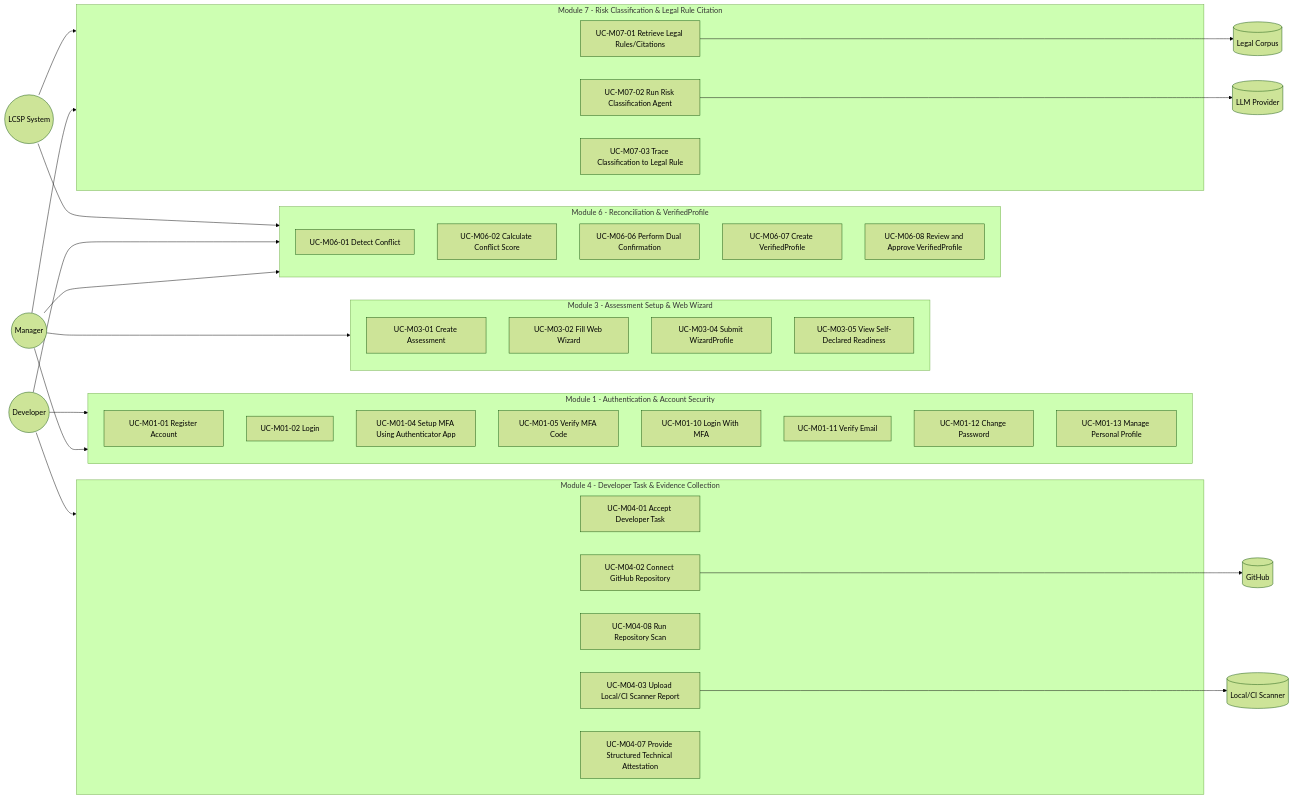
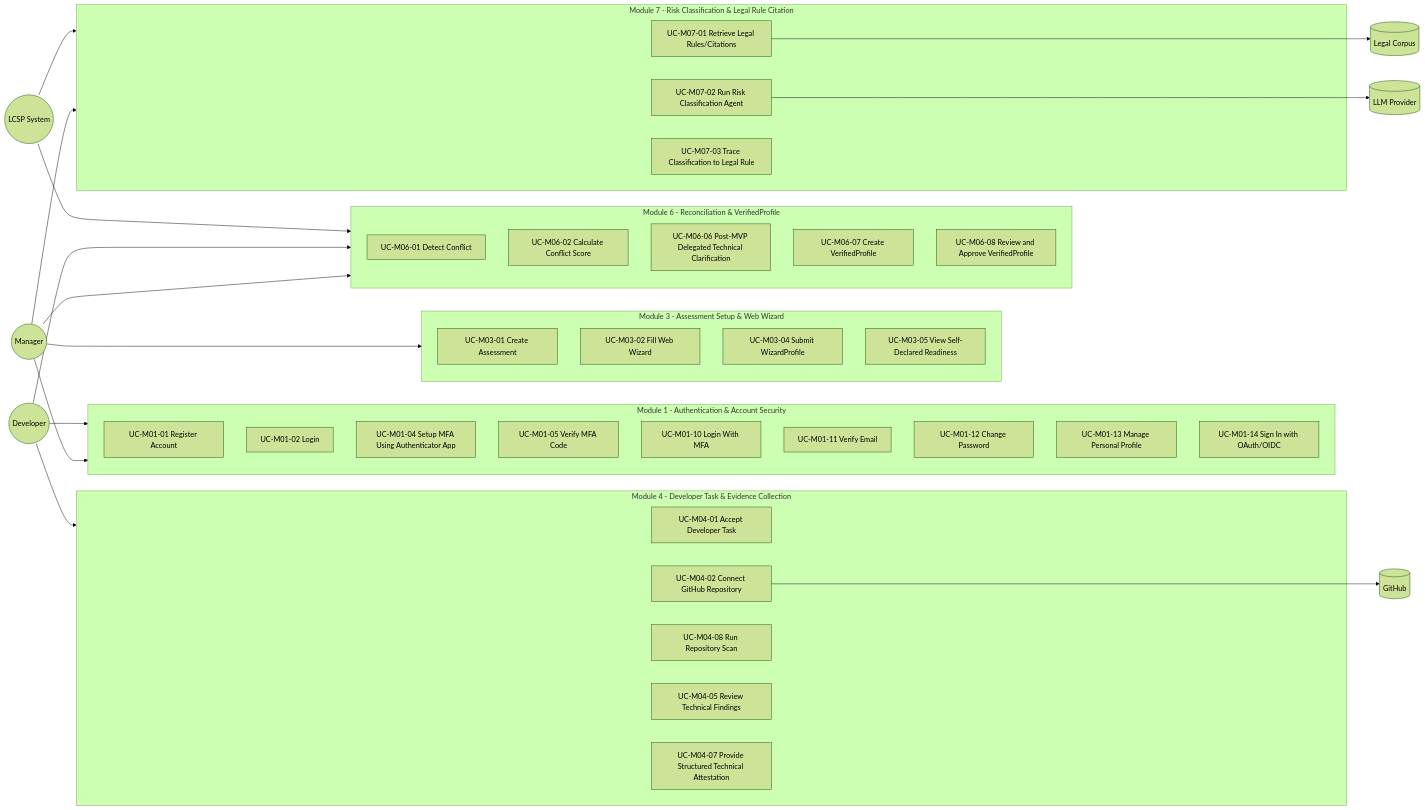
Before and after one commit to khovan123/LCSP: the diagram in docs/design/use-case-specification.md, drawn with Mermaid (forest theme). The commit also changed other lines of this file and 122 other files, not shown here.

````diff
--- a/docs/design/use-case-specification.md
+++ b/docs/design/use-case-specification.md
@@ -31,64 +31,63 @@
 ```mermaid
 flowchart LR
   Manager((Manager))
   Developer((Developer))
   System((LCSP System))
   GitHub[(GitHub)]
-  LocalCI[(Local/CI Scanner)]
   LLM[(LLM Provider)]
   Legal[(Legal Corpus)]
 
   subgraph M01[Module 1 - Authentication & Account Security]
     UC_M01_01[UC-M01-01 Register Account]
     UC_M01_02[UC-M01-02 Login]
     UC_M01_04[UC-M01-04 Setup MFA Using Authenticator App]
     UC_M01_05[UC-M01-05 Verify MFA Code]
     UC_M01_10[UC-M01-10 Login With MFA]
     UC_M01_11[UC-M01-11 Verify Email]
     UC_M01_12[UC-M01-12 Change Password]
     UC_M01_13[UC-M01-13 Manage Personal Profile]
+    UC_M01_14[UC-M01-14 Sign In with OAuth/OIDC]
   end
 
   subgraph M03[Module 3 - Assessment Setup & Web Wizard]
     UC_M03_01[UC-M03-01 Create Assessment]
     UC_M03_02[UC-M03-02 Fill Web Wizard]
     UC_M03_04[UC-M03-04 Submit WizardProfile]
     UC_M03_05[UC-M03-05 View Self-Declared Readiness]
   end
 
   subgraph M04[Module 4 - Developer Task & Evidence Collection]
     UC_M04_01[UC-M04-01 Accept Developer Task]
     UC_M04_02[UC-M04-02 Connect GitHub Repository]
     UC_M04_08[UC-M04-08 Run Repository Scan]
-    UC_M04_03[UC-M04-03 Upload Local/CI Scanner Report]
+    UC_M04_05[UC-M04-05 Review Technical Findings]
     UC_M04_07[UC-M04-07 Provide Structured Technical Attestation]
   end
 
   subgraph M06[Module 6 - Reconciliation & VerifiedProfile]
     UC_M06_01[UC-M06-01 Detect Conflict]
     UC_M06_02[UC-M06-02 Calculate Conflict Score]
-    UC_M06_06[UC-M06-06 Perform Dual Confirmation]
+    UC_M06_06[UC-M06-06 Post-MVP Delegated Technical Clarification]
     UC_M06_07[UC-M06-07 Create VerifiedProfile]
     UC_M06_08[UC-M06-08 Review and Approve VerifiedProfile]
   end
 
   subgraph M07[Module 7 - Risk Classification & Legal Rule Citation]
     UC_M07_01[UC-M07-01 Retrieve Legal Rules/Citations]
     UC_M07_02[UC-M07-02 Run Risk Classification Agent]
     UC_M07_03[UC-M07-03 Trace Classification to Legal Rule]
   end
 
   Manager --> M01
   Manager --> M03
   Manager --> M06
   Manager --> M07
   Developer --> M01
   Developer --> M04
   Developer --> M06
   System --> M06
   System --> M07
   UC_M04_02 --> GitHub
-  UC_M04_03 --> LocalCI
   UC_M07_01 --> Legal
   UC_M07_02 --> LLM
 ```
````
